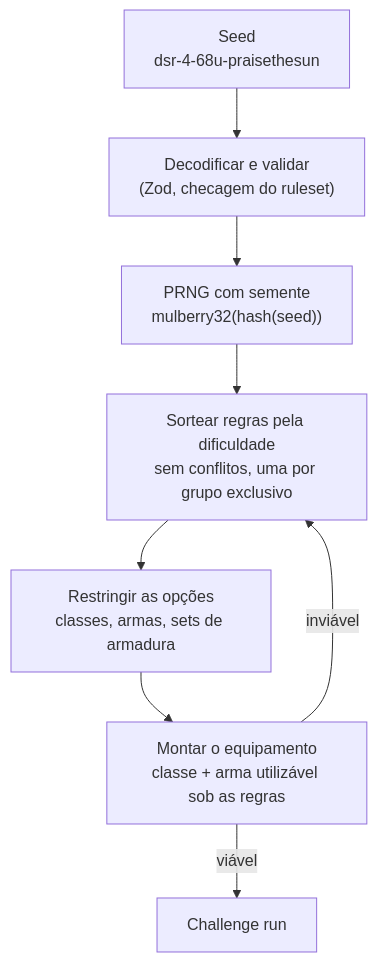
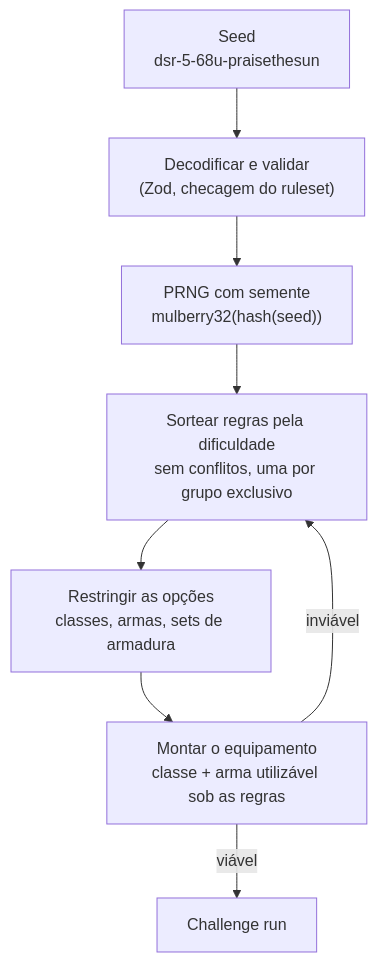
The diagram in README.pt-BR.md (localhost-ayu/souls-challenge-generator), drawn with Mermaid before and after one commit. The commit also changed other lines of this file and 18 other files, not shown here.

````diff
--- a/README.pt-BR.md
+++ b/README.pt-BR.md
@@ -41,10 +41,10 @@
 ```mermaid
 flowchart TD
-    seed["Seed<br/>dsr-4-68u-praisethesun"] --> decode["Decodificar e validar<br/>(Zod, checagem do ruleset)"]
+    seed["Seed<br/>dsr-5-68u-praisethesun"] --> decode["Decodificar e validar<br/>(Zod, checagem do ruleset)"]
     decode --> rng["PRNG com semente<br/>mulberry32(hash(seed))"]
     rng --> select["Sortear regras pela dificuldade<br/>sem conflitos, uma por grupo exclusivo"]
     select --> narrow["Restringir as opções<br/>classes, armas, sets de armadura"]
     narrow --> resolve["Montar o equipamento<br/>classe + arma utilizável sob as regras"]
     resolve -->|viável| run["Challenge run"]
     resolve -->|inviável| select
 ```
````
